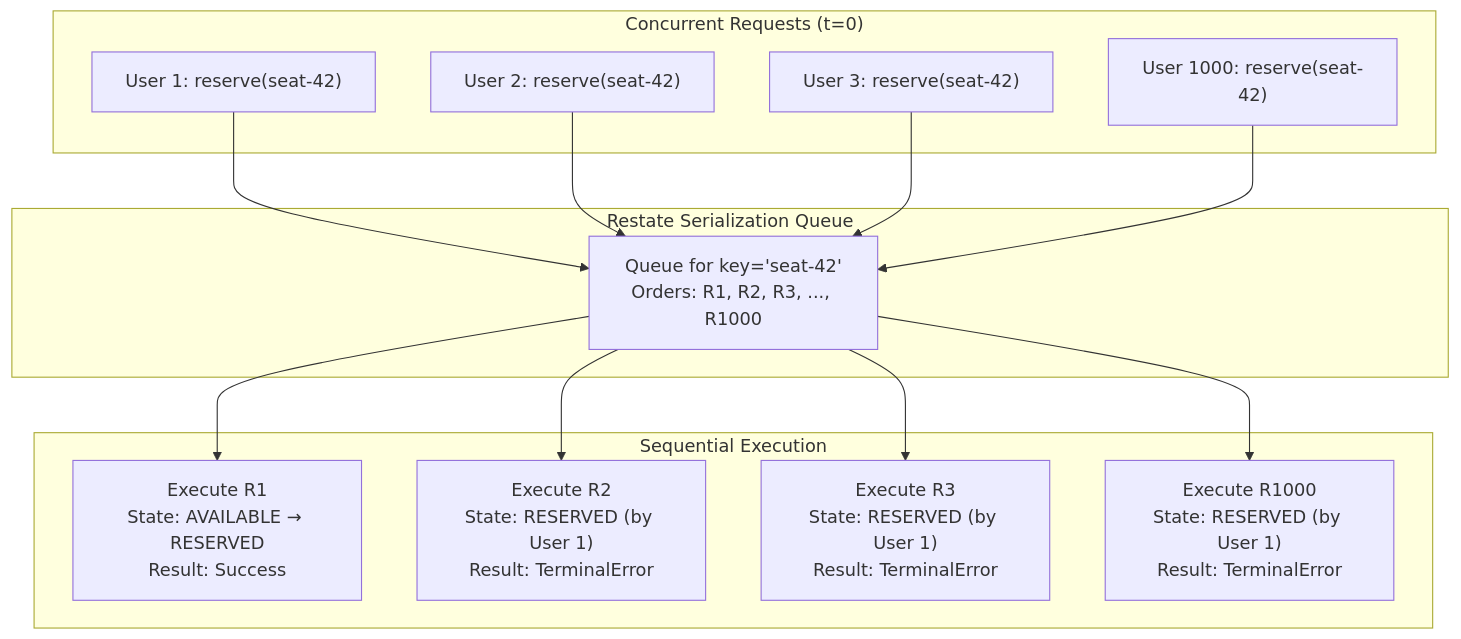
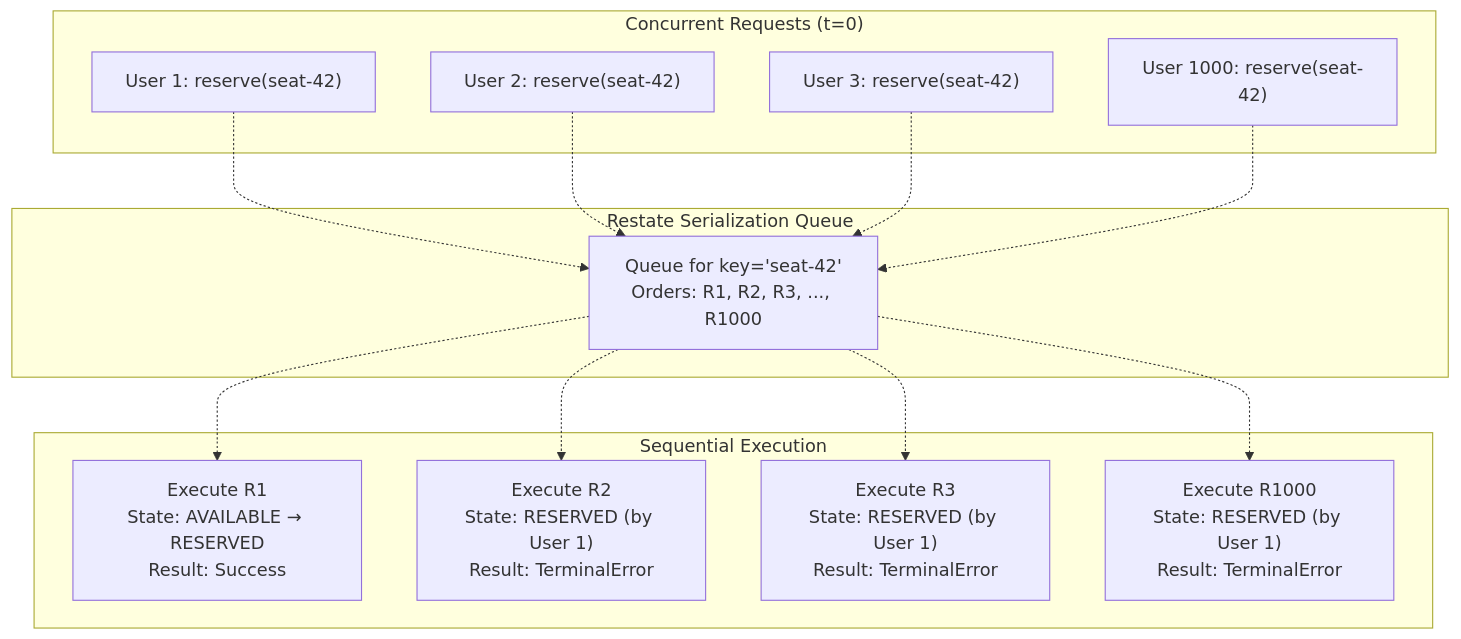
Before and after one commit to philipz/restate-cloudflare-workers-poc: the fifth of 7 diagrams in docs/deepwiki/Virtual-Objects-&-Serialization.md, drawn with Mermaid. The commit also changed other lines of this file and 27 other files, not shown here.

````diff
--- a/docs/deepwiki/Virtual-Objects-&-Serialization.md
+++ b/docs/deepwiki/Virtual-Objects-&-Serialization.md
@@ -258,40 +258,40 @@
 ```mermaid
 flowchart TD
 
 C1["User 1: reserve(seat-42)"]
 C2["User 2: reserve(seat-42)"]
 C3["User 3: reserve(seat-42)"]
 CN["User 1000: reserve(seat-42)"]
 Q["Queue for key='seat-42'<br>Orders: R1, R2, R3, ..., R1000"]
 E1["Execute R1<br>State: AVAILABLE → RESERVED<br>Result: Success"]
 E2["Execute R2<br>State: RESERVED (by User 1)<br>Result: TerminalError"]
 E3["Execute R3<br>State: RESERVED (by User 1)<br>Result: TerminalError"]
 EN["Execute R1000<br>State: RESERVED (by User 1)<br>Result: TerminalError"]
 
-C1 --> Q
-C2 --> Q
-C3 --> Q
-CN --> Q
-Q --> E1
-Q --> E2
-Q --> E3
-Q --> EN
+C1 -.-> Q
+C2 -.-> Q
+C3 -.-> Q
+CN -.-> Q
+Q -.-> E1
+Q -.-> E2
+Q -.-> E3
+Q -.-> EN
 
 subgraph subGraph2 ["Sequential Execution"]
     E1
     E2
     E3
     EN
 end
 
 subgraph subGraph1 ["Restate Serialization Queue"]
     Q
 end
 
 subgraph subGraph0 ["Concurrent Requests (t=0)"]
     C1
     C2
     C3
     CN
 end
 ```
````
